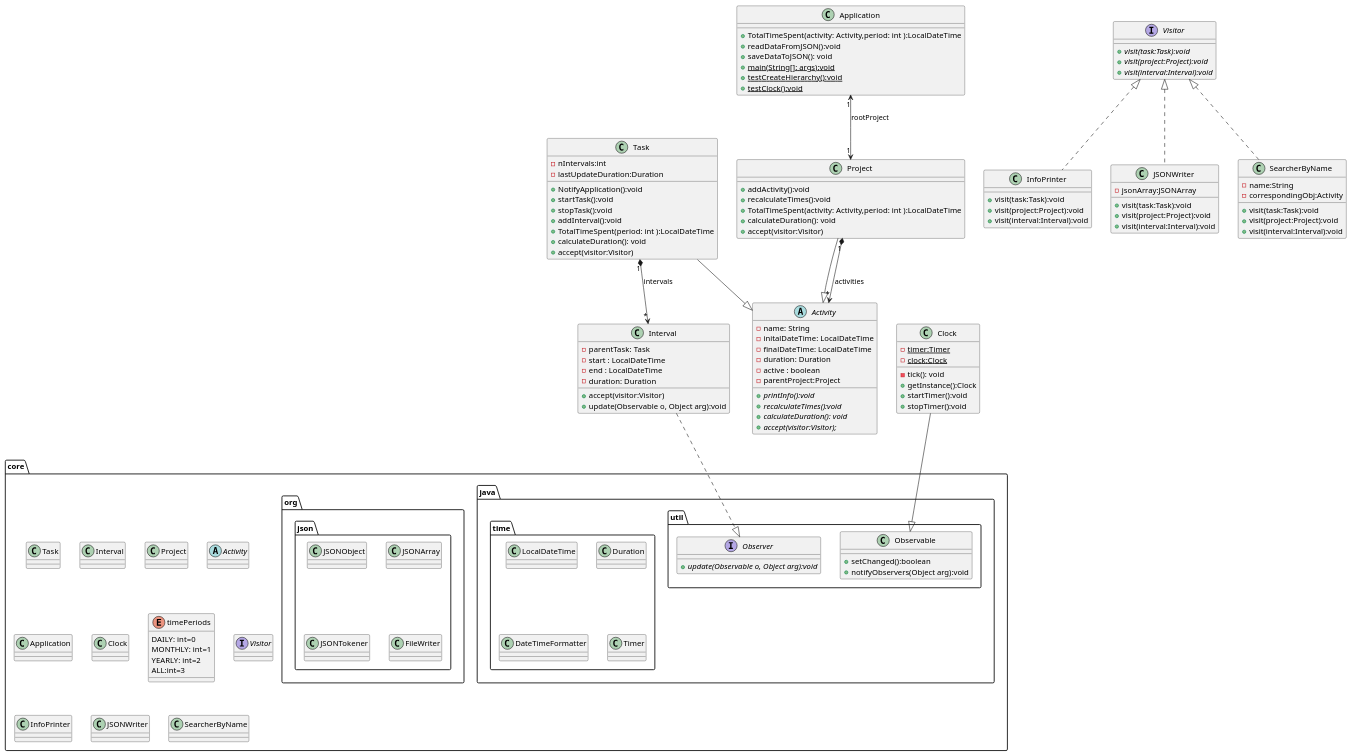
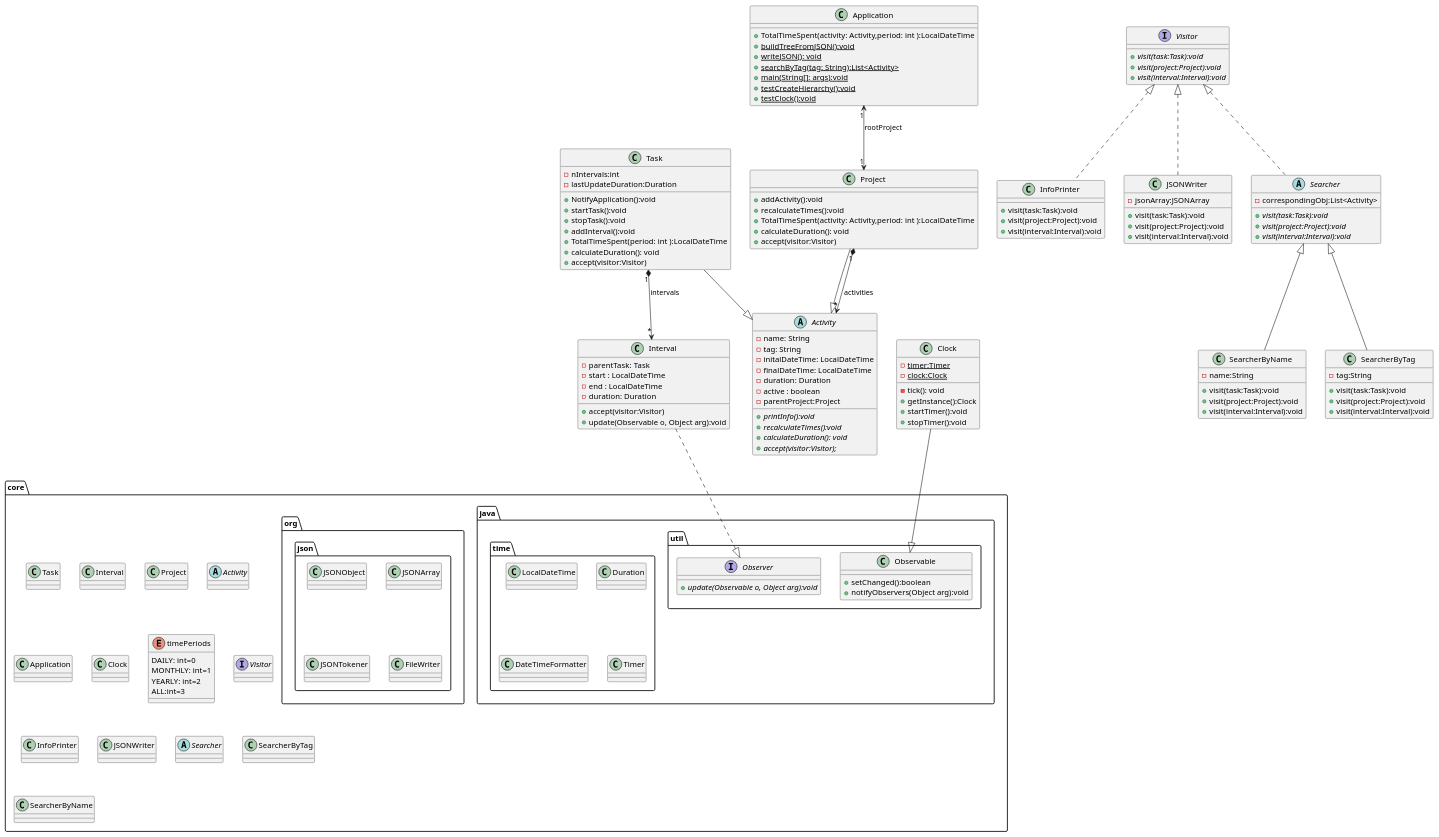
One commit to Pau-Riba-Escobar/TimeTracker changed the diagram in src/FirstDiagram.puml. Above: the diagram before and after it, drawn with PlantUML. The commit also changed 6 other files, not shown here.

```diff
--- a/src/FirstDiagram.puml
+++ b/src/FirstDiagram.puml
@@ -1,137 +1,155 @@
 @startuml
 package core{
     class Task
     class Interval
     class Project
     abstract class Activity
     class Application
     ' interface UserInterface
     class Clock
 
     package java.util{
         class Observable
         {
             + setChanged():boolean
             + notifyObservers(Object arg):void
         }
         interface Observer
         {
             + {abstract}update(Observable o, Object arg):void
         }
         }
     package java.time{
            class LocalDateTime
            class Duration
            class DateTimeFormatter
            class Timer
         }
     package org.json{
         class JSONObject
         class JSONArray
         class JSONTokener
         class FileWriter
     }
     enum timePeriods{
         DAILY: int=0
         MONTHLY: int=1
         YEARLY: int=2
         ALL:int=3
     }
     interface Visitor
     class InfoPrinter
     class JSONWriter
+    abstract Searcher
+    class SearcherByTag
     class SearcherByName
 }
 
 interface Visitor{
     +{abstract}visit(task:Task):void
     +{abstract}visit(project:Project):void
     +{abstract}visit(interval:Interval):void
 }
+
 class InfoPrinter{
     +visit(task:Task):void
     +visit(project:Project):void
     +visit(interval:Interval):void
 }
 class JSONWriter{
     - jsonArray:JSONArray
     +visit(task:Task):void
     +visit(project:Project):void
     +visit(interval:Interval):void
 }
+abstract class Searcher{
+    - correspondingObj:List<Activity>
+    +{abstract}visit(task:Task):void
+    +{abstract}visit(project:Project):void
+    +{abstract}visit(interval:Interval):void
+}
 class SearcherByName{
     - name:String
-    - correspondingObj:Activity
+    +visit(task:Task):void
+    +visit(project:Project):void
+    +visit(interval:Interval):void
+}
+class SearcherByTag{
+    - tag:String
     +visit(task:Task):void
     +visit(project:Project):void
     +visit(interval:Interval):void
 }
 abstract Activity{
     - name: String
+    -tag: String
     - initalDateTime: LocalDateTime
     - finalDateTime: LocalDateTime
     - duration: Duration
     - active : boolean
     - parentProject:Project
     + {abstract}printInfo():void
     + {abstract}recalculateTimes():void
     + {abstract}calculateDuration(): void
      +{abstract}accept(visitor:Visitor);
 }
 class Application{
     + TotalTimeSpent(activity: Activity,period: int ):LocalDateTime
-    + readDataFromJSON():void
-    + saveDataToJSON(): void
+    + {static}buildTreeFromJSON():void
+    + {static}writeJSON(): void
+    + {static}searchByTag(tag: String):List<Activity>
     + {static}main(String[]: args):void
     + {static}testCreateHierarchy():void
     + {static}testClock():void
 }
 class Project{
     + addActivity():void
     + recalculateTimes():void
     + TotalTimeSpent(activity: Activity,period: int ):LocalDateTime
     + calculateDuration(): void
     + accept(visitor:Visitor)
 }
 class Task{
     -nIntervals:int
     -lastUpdateDuration:Duration
     + NotifyApplication():void
     + startTask():void
     + stopTask():void
     + addInterval():void
     + TotalTimeSpent(period: int ):LocalDateTime
     + calculateDuration(): void
     + accept(visitor:Visitor)
 }
 class Interval{
     - parentTask: Task
     - start : LocalDateTime
     - end : LocalDateTime
     - duration: Duration
     + accept(visitor:Visitor)
     + update(Observable o, Object arg):void
 }
 class Clock{
     - {static}timer:Timer
     - {static} clock:Clock
     - tick(): void
     + getInstance():Clock
     +startTimer():void
     +stopTimer():void
 }
 Application "1"<--> "1"Project: "rootProject"
 Project --|> Activity
 Project "1"*-->"*"Activity: "activities "
 Task --|> Activity
 Task "1"*-->"*"Interval:"intervals"
 Clock --|> Observable
 Interval ..|> Observer
 Visitor<|..InfoPrinter
 Visitor<|..JSONWriter
-Visitor<|..SearcherByName
+Visitor<|..Searcher
+Searcher<|--SearcherByName
+Searcher<|--SearcherByTag
 
 
 
 
 @enduml
```
